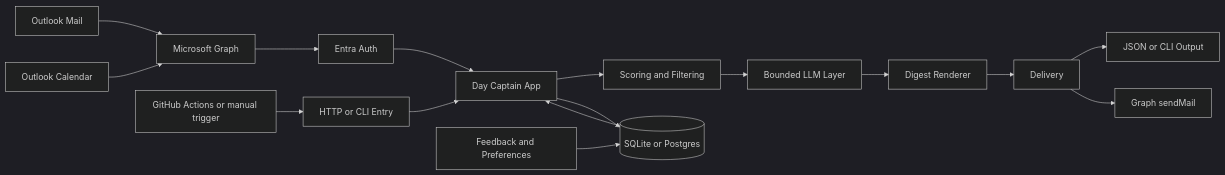
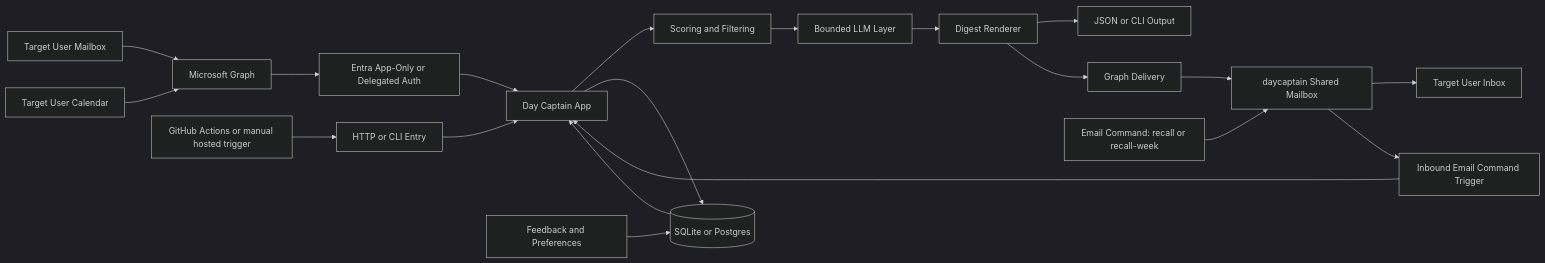
The diagram in README.md (AlexAgo83/day-captain), drawn with Mermaid (dark theme) before and after one commit. The commit also changed other lines of this file and 3 other files, not shown here.

Commit message:
Document Power Automate shared mailbox recall setup

````diff
--- a/README.md
+++ b/README.md
@@ -5,18 +5,22 @@
 ```mermaid
 flowchart LR
-    Outlook[Outlook Mail] --> Graph[Microsoft Graph]
-    Calendar[Outlook Calendar] --> Graph
-    Graph --> Auth[Entra Auth]
+    TargetMailbox[Target User Mailbox] --> Graph[Microsoft Graph]
+    Calendar[Target User Calendar] --> Graph
+    Graph --> Auth[Entra App-Only or Delegated Auth]
     Auth --> App[Day Captain App]
     App --> Score[Scoring and Filtering]
     Score --> LLM[Bounded LLM Layer]
     LLM --> Render[Digest Renderer]
-    Render --> Delivery[Delivery]
-    Delivery --> Json[JSON or CLI Output]
-    Delivery --> Mail[Graph sendMail]
+    Render --> Json[JSON or CLI Output]
+    Render --> Delivery[Graph Delivery]
+    Delivery --> SenderMailbox[daycaptain Shared Mailbox]
+    SenderMailbox --> Recipient[Target User Inbox]
+    UserCommand[Email Command: recall or recall-week] --> SenderMailbox
+    SenderMailbox --> CommandTrigger[Inbound Email Command Trigger]
+    CommandTrigger --> App
+    Scheduler[GitHub Actions or manual hosted trigger] --> Web[HTTP or CLI Entry]
+    Web --> App
     App --> Storage[(SQLite or Postgres)]
     Feedback[Feedback and Preferences] --> Storage
     Storage --> App
-    Scheduler[GitHub Actions or manual trigger] --> Web[HTTP or CLI Entry]
-    Web --> App
 ```
````
